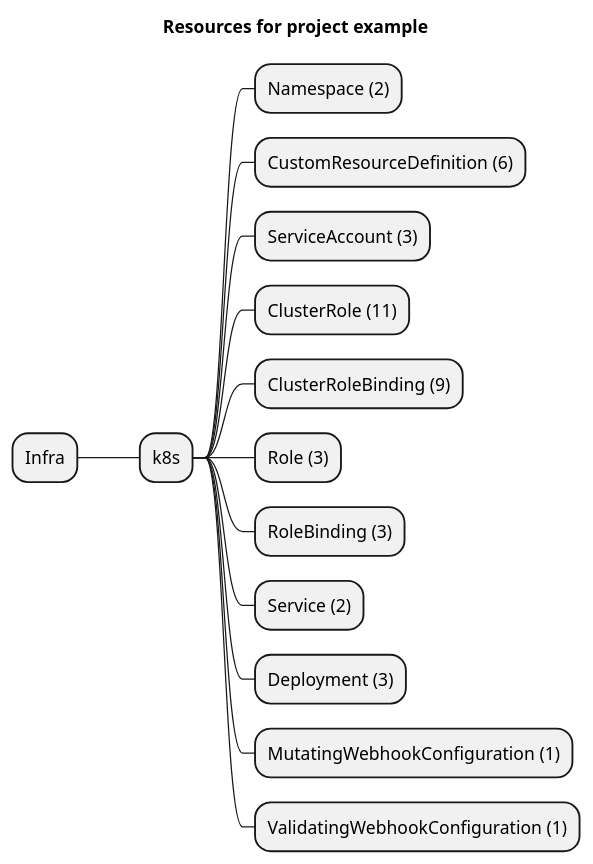
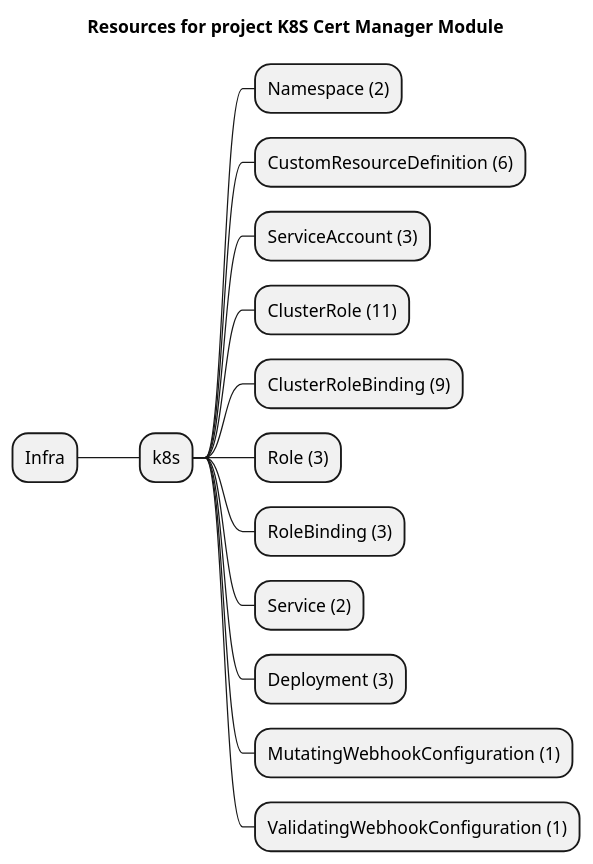
Before and after one commit to grucloud/grucloud: the diagram in packages/modules/k8s/cert-manager/example/artifacts/resources-mindmap.puml, drawn with PlantUML. The commit also changed 93 other files, not shown here.

```diff
--- a/packages/modules/k8s/cert-manager/example/artifacts/resources-mindmap.puml
+++ b/packages/modules/k8s/cert-manager/example/artifacts/resources-mindmap.puml
@@ -1,17 +1,17 @@
 @startmindmap
-title Resources for project example
+title Resources for project K8S Cert Manager Module
 skinparam monochrome true
 + Infra
 ++ k8s
 +++ Namespace (2)
 +++ CustomResourceDefinition (6)
 +++ ServiceAccount (3)
 +++ ClusterRole (11)
 +++ ClusterRoleBinding (9)
 +++ Role (3)
 +++ RoleBinding (3)
 +++ Service (2)
 +++ Deployment (3)
 +++ MutatingWebhookConfiguration (1)
 +++ ValidatingWebhookConfiguration (1)
 @endmindmap
```
